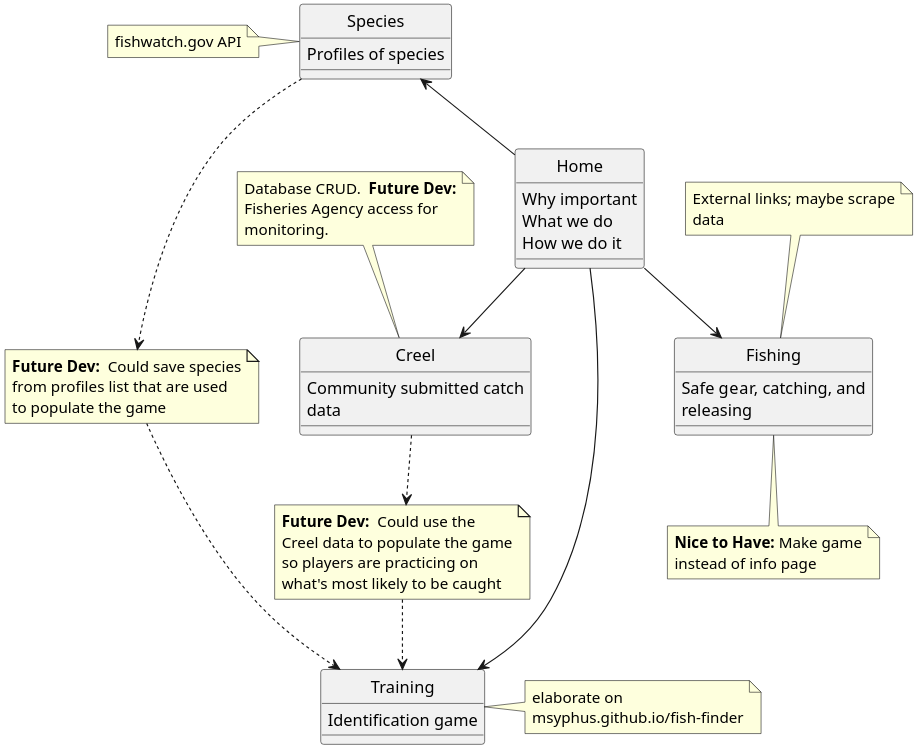
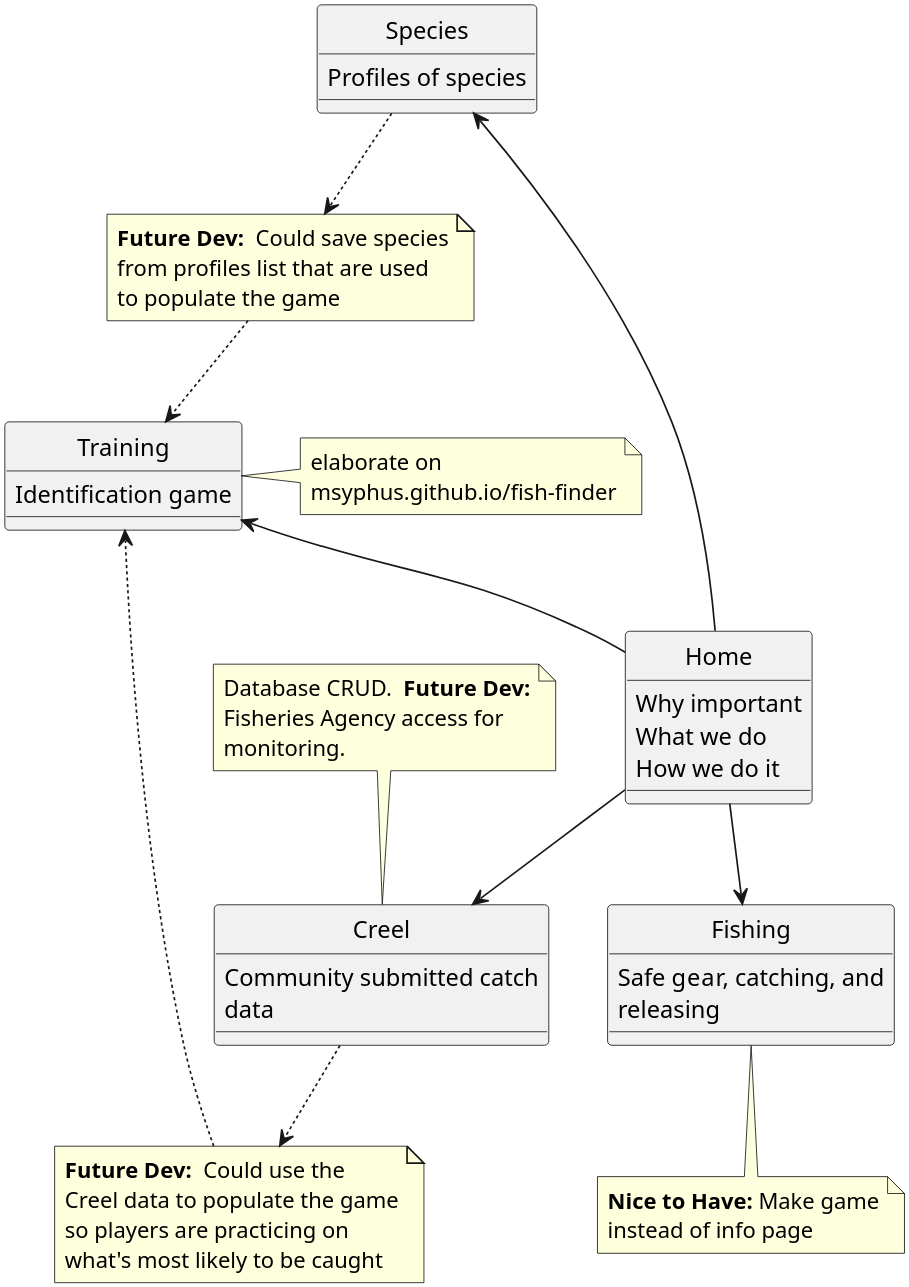
One commit to cftgithub/rockfish-conservation changed the diagram in client/processFlow.puml. Above: the diagram before and after it, drawn with PlantUML. The commit also changed 5 other files, not shown here.

```diff
--- a/client/processFlow.puml
+++ b/client/processFlow.puml
@@ -1,55 +1,52 @@
 @startuml "processFlow"
 
 scale 2048 width
 skinparam wrapwidth 200
 skinparam maxMessageSize 500
 skinparam backgroundColor #FFFFFF
 
 class Home {
     Why important
     What we do
     How we do it
 }
 
 class Species {
     Profiles of species
 }
 
 
 class Training {
     Identification game
 }
 
 
 class Creel {
     Community submitted catch data
 }
 
 
 class Fishing {
     Safe gear, catching, and releasing
 }
 
 hide circle
 
 
 Home-->Creel
 Species<--Home
 Training<--Home
 Home-->Fishing
 
-note left of Species: fishwatch.gov API
 note right of Training: elaborate on msyphus.github.io/fish-finder
 note top of Creel: Database CRUD.  <b>Future Dev:</b>  Fisheries Agency access for monitoring.
 note bottom of Fishing: <b>Nice to Have:</b> Make game instead of info page
-note "External links; maybe scrape data" as data
 note "<b>Future Dev:</b>  Could save species from profiles list that are used to populate the game" as idea1
 note "<b>Future Dev:</b>  Could use the Creel data to populate the game so players are practicing on what's most likely to be caught" as idea2
-data .. Fishing
 Species ..> idea1
 idea1 ..> Training
 Creel ..> idea2
 idea2 ..> Training
 
 
 @enduml
```
